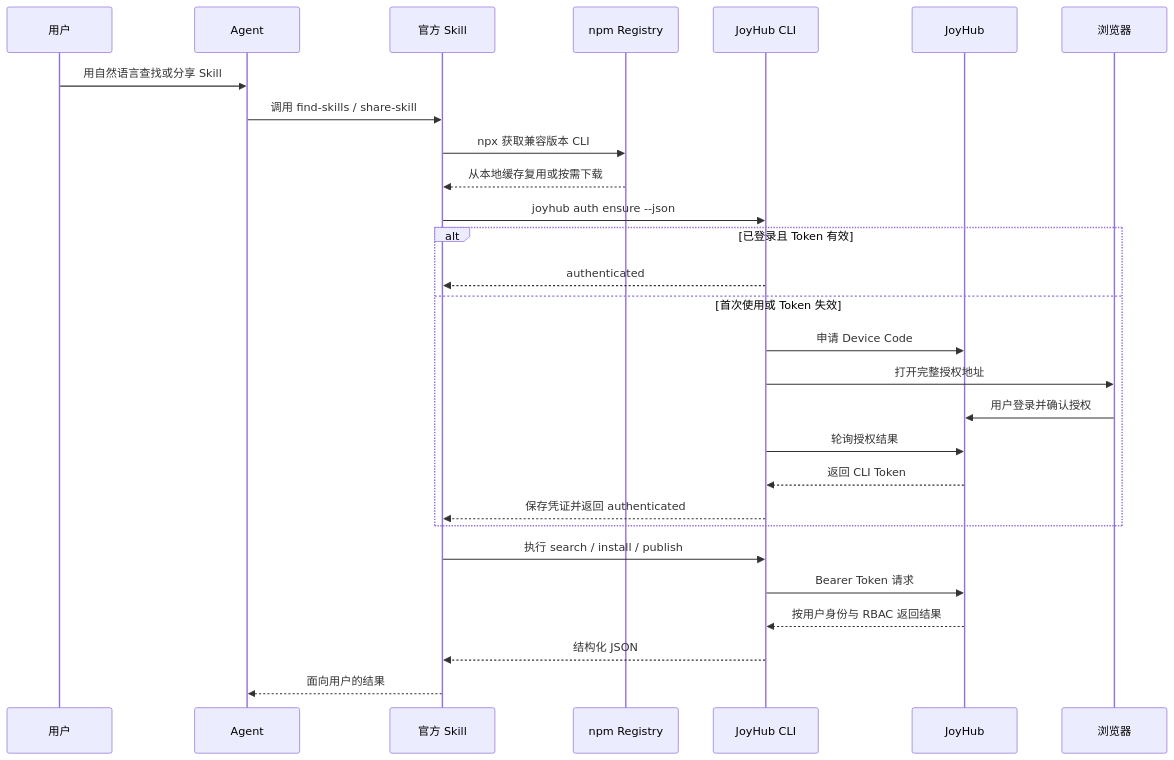
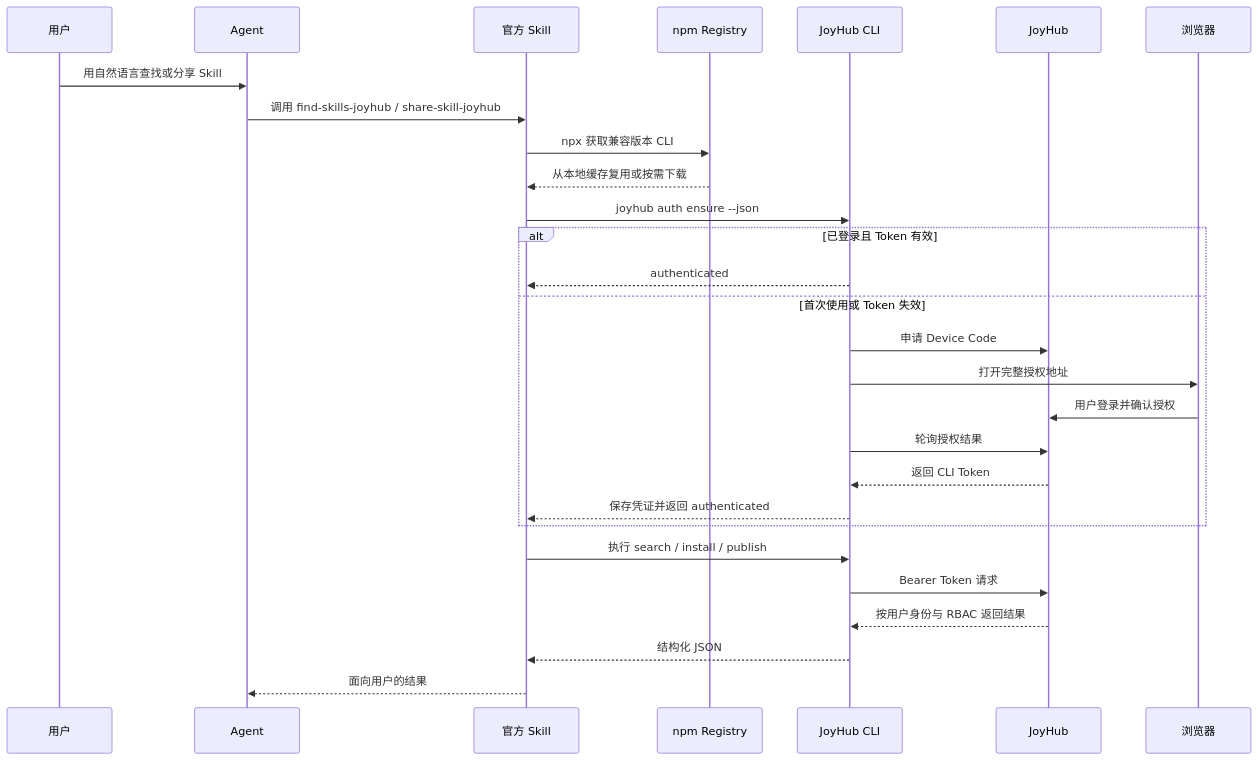
One commit to joycastle/JoyHub changed the diagram in docs/25-agent-find-share-skills-mvp.md. Above: the diagram before and after it, drawn with Mermaid. The commit also changed other lines of this file and 22 other files, not shown here.

````diff
--- a/docs/25-agent-find-share-skills-mvp.md
+++ b/docs/25-agent-find-share-skills-mvp.md
@@ -63,31 +63,31 @@
 ```mermaid
 sequenceDiagram
     participant U as 用户
     participant A as Agent
     participant S as 官方 Skill
     participant N as npm Registry
     participant C as JoyHub CLI
     participant J as JoyHub
     participant B as 浏览器
 
     U->>A: 用自然语言查找或分享 Skill
-    A->>S: 调用 find-skills / share-skill
+    A->>S: 调用 find-skills-joyhub / share-skill-joyhub
     S->>N: npx 获取兼容版本 CLI
     N-->>S: 从本地缓存复用或按需下载
     S->>C: joyhub auth ensure --json
     alt 已登录且 Token 有效
         C-->>S: authenticated
     else 首次使用或 Token 失效
         C->>J: 申请 Device Code
         C->>B: 打开完整授权地址
         B->>J: 用户登录并确认授权
         C->>J: 轮询授权结果
         J-->>C: 返回 CLI Token
         C-->>S: 保存凭证并返回 authenticated
     end
     S->>C: 执行 search / install / publish
     C->>J: Bearer Token 请求
     J-->>C: 按用户身份与 RBAC 返回结果
     C-->>S: 结构化 JSON
     S-->>A: 面向用户的结果
 ```
````
